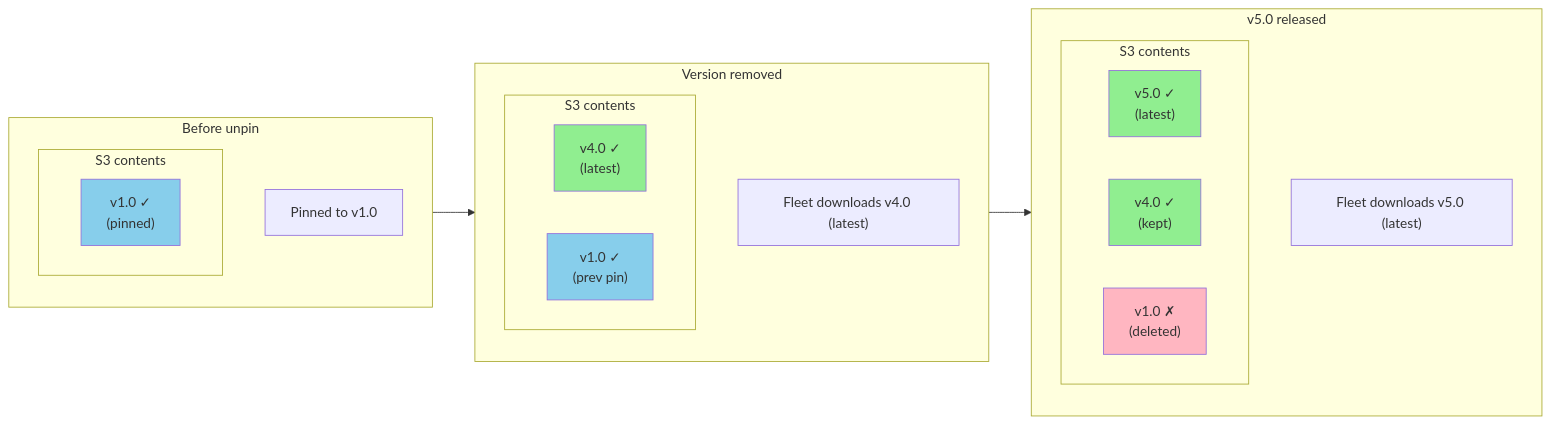
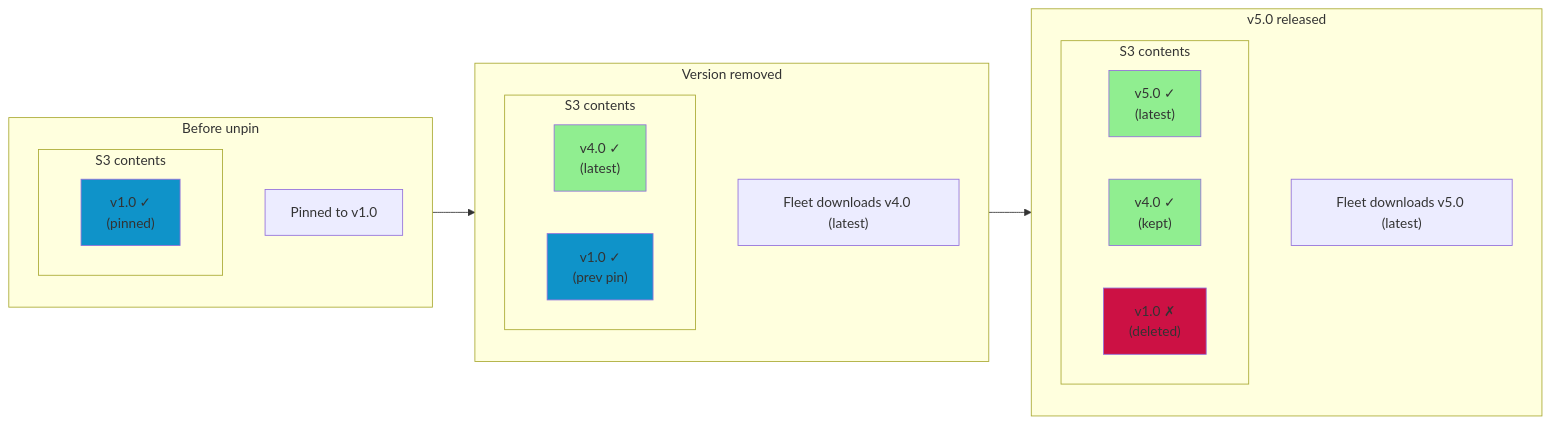
Before and after one commit to fleetdm/fleet: the third of 4 diagrams in docs/Contributing/product-groups/software/rollback-fleet-maintained-app-version.md, drawn with Mermaid. The commit also changed other lines of this file, not shown here.

Commit message:
update diagram colors

````diff
--- a/docs/Contributing/product-groups/software/rollback-fleet-maintained-app-version.md
+++ b/docs/Contributing/product-groups/software/rollback-fleet-maintained-app-version.md
@@ -101,38 +101,38 @@
 ```mermaid
 flowchart LR
     subgraph T1["Before unpin"]
         direction TB
         S1_title["Pinned to v1.0"]
         subgraph S1["S3 contents"]
             S1_v1["v1.0 ✓<br/>(pinned)"]
         end
     end
 
     subgraph T2["Version removed"]
         direction TB
         S2_title["Fleet downloads v4.0 (latest)"]
         subgraph S2["S3 contents"]
             S2_v4["v4.0 ✓<br/>(latest)"]
             S2_v1["v1.0 ✓<br/>(prev pin)"]
         end
     end
 
     subgraph T3["v5.0 released"]
         direction TB
         S3_title["Fleet downloads v5.0 (latest)"]
         subgraph S3["S3 contents"]
             S3_v5["v5.0 ✓<br/>(latest)"]
             S3_v4["v4.0 ✓<br/>(kept)"]
             S3_v1["v1.0 ✗<br/>(deleted)"]
         end
     end
 
     T1 --> T2 --> T3
 
-    style S1_v1 fill:#87CEEB
+    style S1_v1 fill:#0F93C9
     style S2_v4 fill:#90EE90
-    style S2_v1 fill:#87CEEB
+    style S2_v1 fill:#0F93C9
     style S3_v5 fill:#90EE90
     style S3_v4 fill:#90EE90
-    style S3_v1 fill:#FFB6C1
+    style S3_v1 fill:#CC1144
 ```
````
